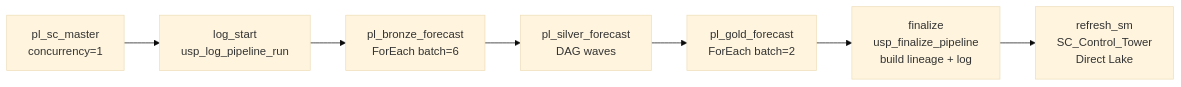
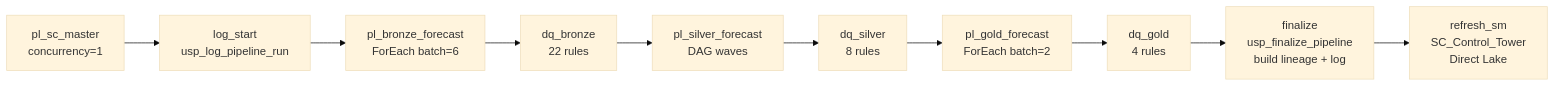
Before and after one commit to ankinguyen-engineer-2002/Fabric-v9-Warehouse-Medallion: the second of 10 diagrams in README.md, drawn with Mermaid (base theme). The commit also changed other lines of this file and 9 other files, not shown here.

````diff
--- a/README.md
+++ b/README.md
@@ -126,9 +128,12 @@
 ```mermaid
 flowchart LR
     M["pl_sc_master\nconcurrency=1"] --> LS["log_start\nusp_log_pipeline_run"]
     LS --> B["pl_bronze_forecast\nForEach batch=6"]
-    B --> S["pl_silver_forecast\nDAG waves"]
-    S --> G["pl_gold_forecast\nForEach batch=2"]
-    G --> FN["finalize\nusp_finalize_pipeline\nbuild lineage + log"]
+    B --> DQB["dq_bronze\n22 rules"]
+    DQB --> S["pl_silver_forecast\nDAG waves"]
+    S --> DQS["dq_silver\n8 rules"]
+    DQS --> G["pl_gold_forecast\nForEach batch=2"]
+    G --> DQG["dq_gold\n4 rules"]
+    DQG --> FN["finalize\nusp_finalize_pipeline\nbuild lineage + log"]
     FN --> SM["refresh_sm\nSC_Control_Tower\nDirect Lake"]
 ```
````
